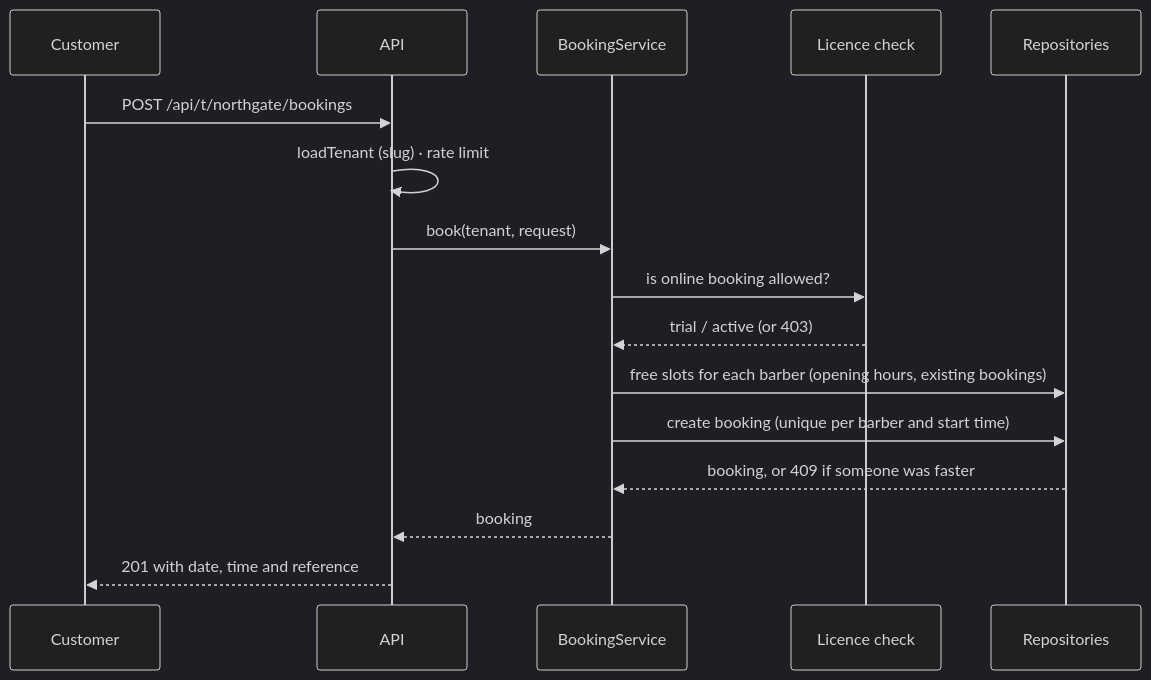
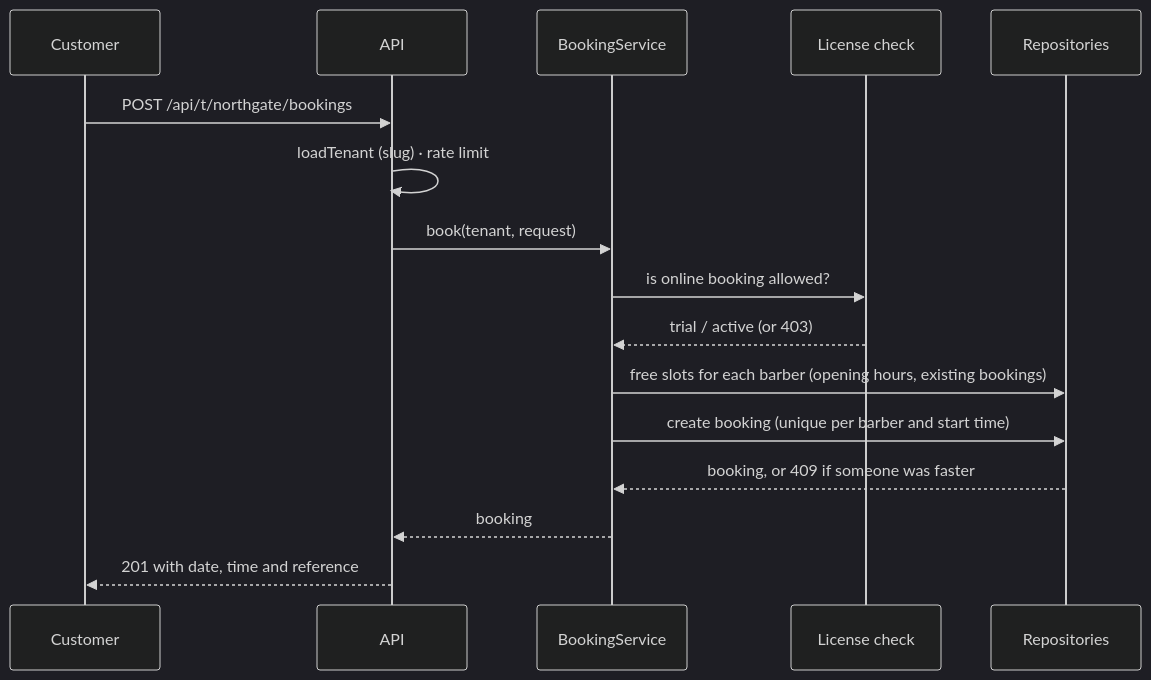
The third of 3 diagrams in README.md (AlexandroCunha/barbershop-platform), drawn with Mermaid (dark theme) before and after one commit. The commit also changed other lines of this file and 15 other files, not shown here.

````diff
--- a/README.md
+++ b/README.md
@@ -112,18 +112,18 @@
 ```mermaid
 sequenceDiagram
   participant C as Customer
   participant A as API
   participant S as BookingService
-  participant L as Licence check
+  participant L as License check
   participant R as Repositories
   C->>A: POST /api/t/northgate/bookings
   A->>A: loadTenant (slug) · rate limit
   A->>S: book(tenant, request)
   S->>L: is online booking allowed?
   L-->>S: trial / active (or 403)
   S->>R: free slots for each barber (opening hours, existing bookings)
   S->>R: create booking (unique per barber and start time)
   R-->>S: booking, or 409 if someone was faster
   S-->>A: booking
   A-->>C: 201 with date, time and reference
 ```
````
